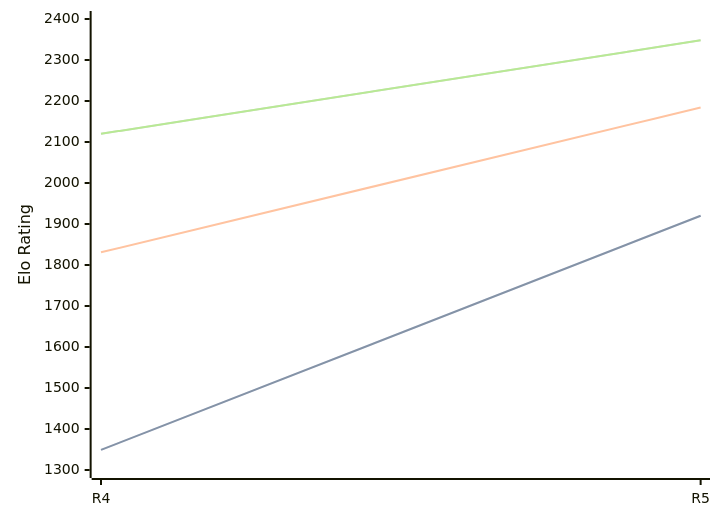
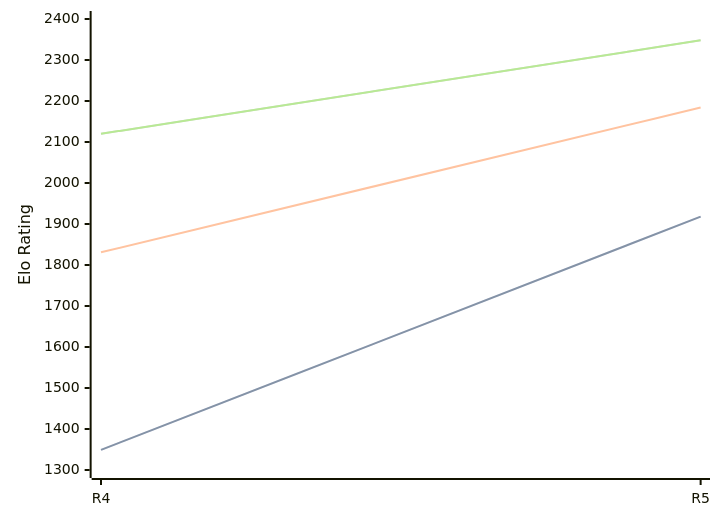
One commit to computer-chess-index/cci changed the diagram in engines/Viking.md. Above: the diagram before and after it, drawn with Mermaid. The commit also changed other lines of this file, not shown here.

````diff
--- a/engines/Viking.md
+++ b/engines/Viking.md
@@ -35,11 +35,11 @@
 ```mermaid
 %%{init: {"theme":"base","themeVariables":{"seriesColors:['#a3a3a3','#222221','#faa371']}}}%%
 xychart-beta
   x-axis ["R4", "R5"]
   y-axis "Elo Rating" 1300 --> 2400
-  line "" [1349, 1920]
-  line "STC (8.0+0.08s)" [1349, 1920]
+  line "" [1349, 1918]
+  line "STC (8.0+0.08s)" [1349, 1918]
   line "LTC (60.0+0.60s)" [1831, 2184]
   line "" [2120, 2348]
   line "VLTC (2m24s+1.12s)" [2120, 2348]
 ```
````
